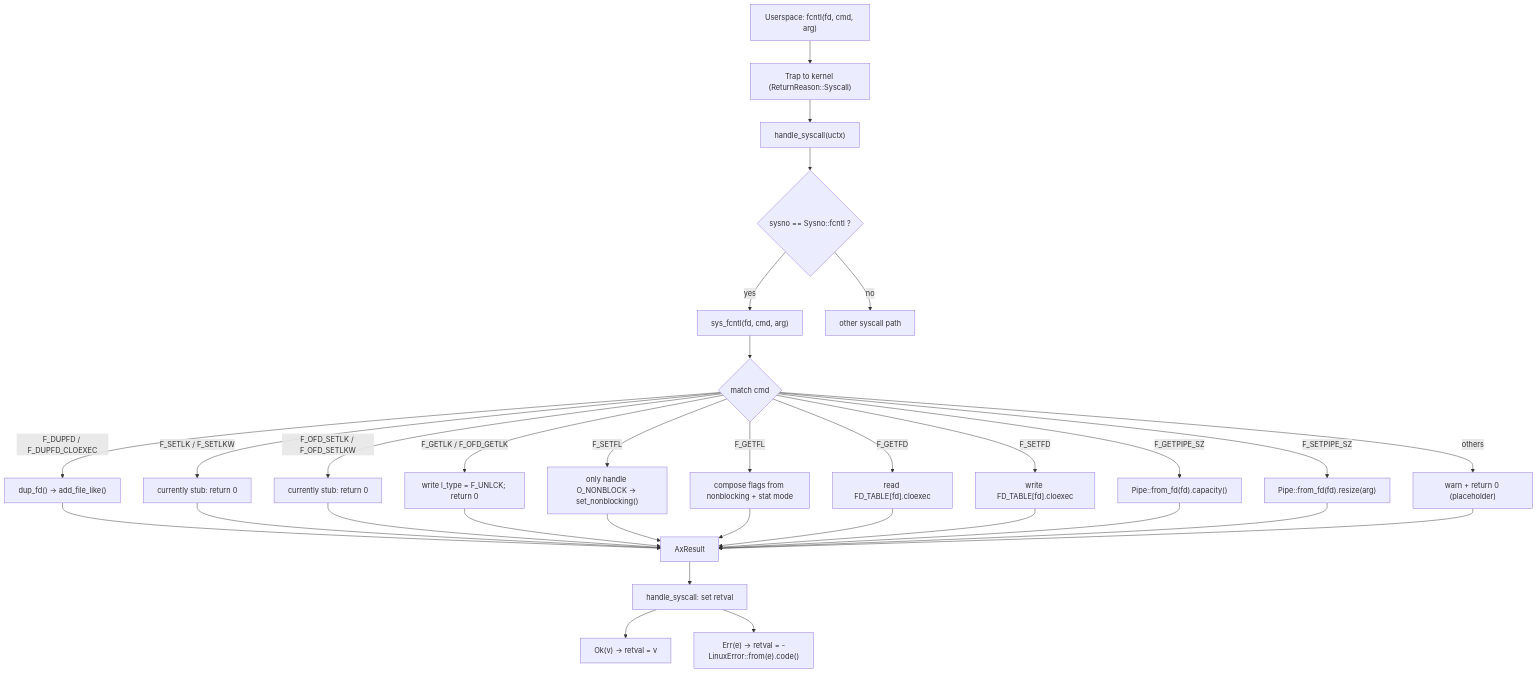
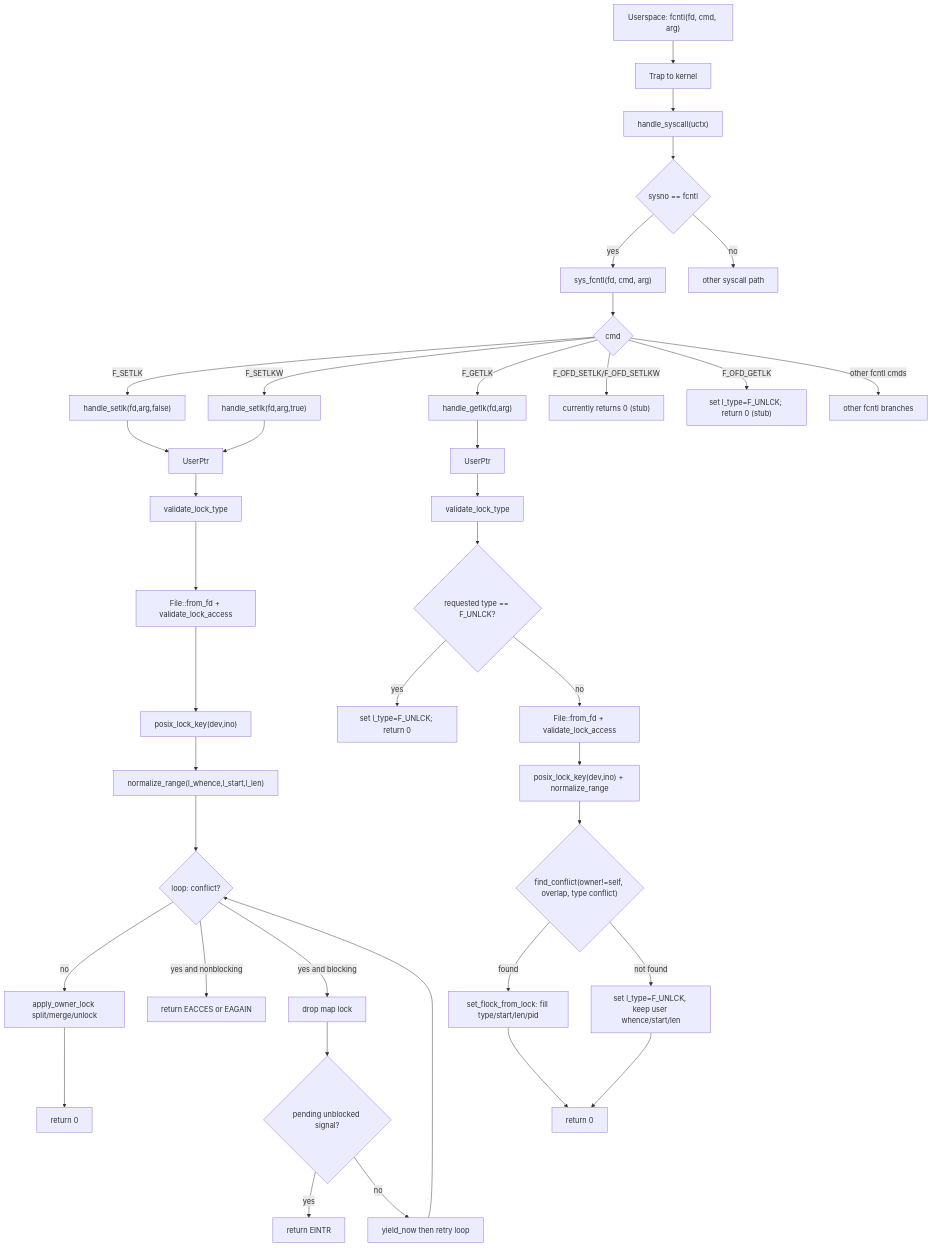
One commit to Alayfolk64/moss changed the first of 2 diagrams in flowchart.md. Above: the diagram before and after it, drawn with Mermaid. The commit also changed other lines of this file and 13 other files, not shown here.

````diff
--- a/flowchart.md
+++ b/flowchart.md
@@ -1,37 +3,44 @@
 ```mermaid
 flowchart TD
-U["Userspace: fcntl(fd, cmd, arg)"] --> T["Trap to kernel (ReturnReason::Syscall)"]
+U["Userspace: fcntl(fd, cmd, arg)"] --> T["Trap to kernel"]
 T --> H["handle_syscall(uctx)"]
-H --> D{"sysno == Sysno::fcntl ?"}
+H --> D{"sysno == fcntl"}
 D -->|yes| F["sys_fcntl(fd, cmd, arg)"]
-D -->|no| X["other syscall path"]
+D -->|no| O["other syscall path"]
 
-F --> C{"match cmd"}
-C -->|F_DUPFD / F_DUPFD_CLOEXEC| C1["dup_fd() -> add_file_like()"]
-C -->|F_SETLK / F_SETLKW| C2["currently stub: return 0"]
-C -->|F_OFD_SETLK / F_OFD_SETLKW| C3["currently stub: return 0"]
-C -->|F_GETLK / F_OFD_GETLK| C4["write l_type = F_UNLCK; return 0"]
-C -->|F_SETFL| C5["only handle O_NONBLOCK -> set_nonblocking()"]
-C -->|F_GETFL| C6["compose flags from nonblocking + stat mode"]
-C -->|F_GETFD| C7["read FD_TABLE[fd].cloexec"]
-C -->|F_SETFD| C8["write FD_TABLE[fd].cloexec"]
-C -->|F_GETPIPE_SZ| C9["Pipe::from_fd(fd).capacity()"]
-C -->|F_SETPIPE_SZ| C10["Pipe::from_fd(fd).resize(arg)"]
-C -->|others| C11["warn + return 0 (placeholder)"]
+F --> M{"cmd"}
+M -->|F_SETLK| S0["handle_setlk(fd,arg,false)"]
+M -->|F_SETLKW| S1["handle_setlk(fd,arg,true)"]
+M -->|F_GETLK| G0["handle_getlk(fd,arg)"]
+M -->|F_OFD_SETLK/F_OFD_SETLKW| OFD1["currently returns 0 (stub)"]
+M -->|F_OFD_GETLK| OFD2["set l_type=F_UNLCK; return 0 (stub)"]
+M -->|other fcntl cmds| OTHER["other fcntl branches"]
 
-C1 --> R["AxResult<isize>"]
-C2 --> R
-C3 --> R
-C4 --> R
-C5 --> R
-C6 --> R
-C7 --> R
-C8 --> R
-C9 --> R
-C10 --> R
-C11 --> R
+S0 --> P0["UserPtr<flock64>"]
+S1 --> P0
+P0 --> V0["validate_lock_type"]
+V0 --> F0["File::from_fd + validate_lock_access"]
+F0 --> K0["posix_lock_key(dev,ino)"]
+K0 --> N0["normalize_range(l_whence,l_start,l_len)"]
+N0 --> L0{"loop: conflict?"}
+L0 -->|no| A0["apply_owner_lock split/merge/unlock"]
+A0 --> R0["return 0"]
+L0 -->|yes and nonblocking| E0["return EACCES or EAGAIN"]
+L0 -->|yes and blocking| W0["drop map lock"]
+W0 --> I0{"pending unblocked signal?"}
+I0 -->|yes| EINTR["return EINTR"]
+I0 -->|no| Y0["yield_now then retry loop"]
+Y0 --> L0
 
-R --> S["handle_syscall: set retval"]
-S --> OK["Ok(v) -> retval = v"]
-S --> ER["Err(e) -> retval = -LinuxError::from(e).code()"]
+G0 --> P1["UserPtr<flock64>"]
+P1 --> V1["validate_lock_type"]
+V1 --> U1{"requested type == F_UNLCK?"}
+U1 -->|yes| GRET0["set l_type=F_UNLCK; return 0"]
+U1 -->|no| F1["File::from_fd + validate_lock_access"]
+F1 --> K1["posix_lock_key(dev,ino) + normalize_range"]
+K1 --> C1{"find_conflict(owner!=self, overlap, type conflict)"}
+C1 -->|found| FILL["set_flock_from_lock: fill type/start/len/pid"]
+C1 -->|not found| UNL["set l_type=F_UNLCK, keep user whence/start/len"]
+FILL --> GRET1["return 0"]
+UNL --> GRET1
 ```
````
